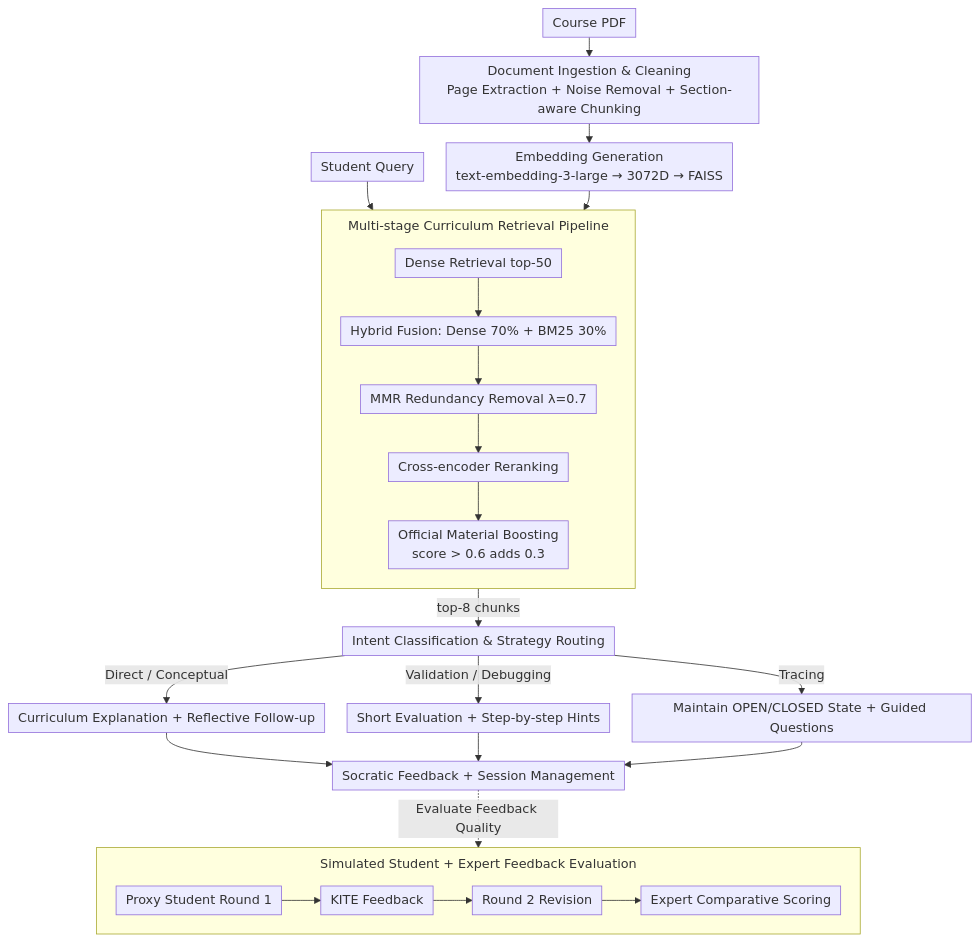
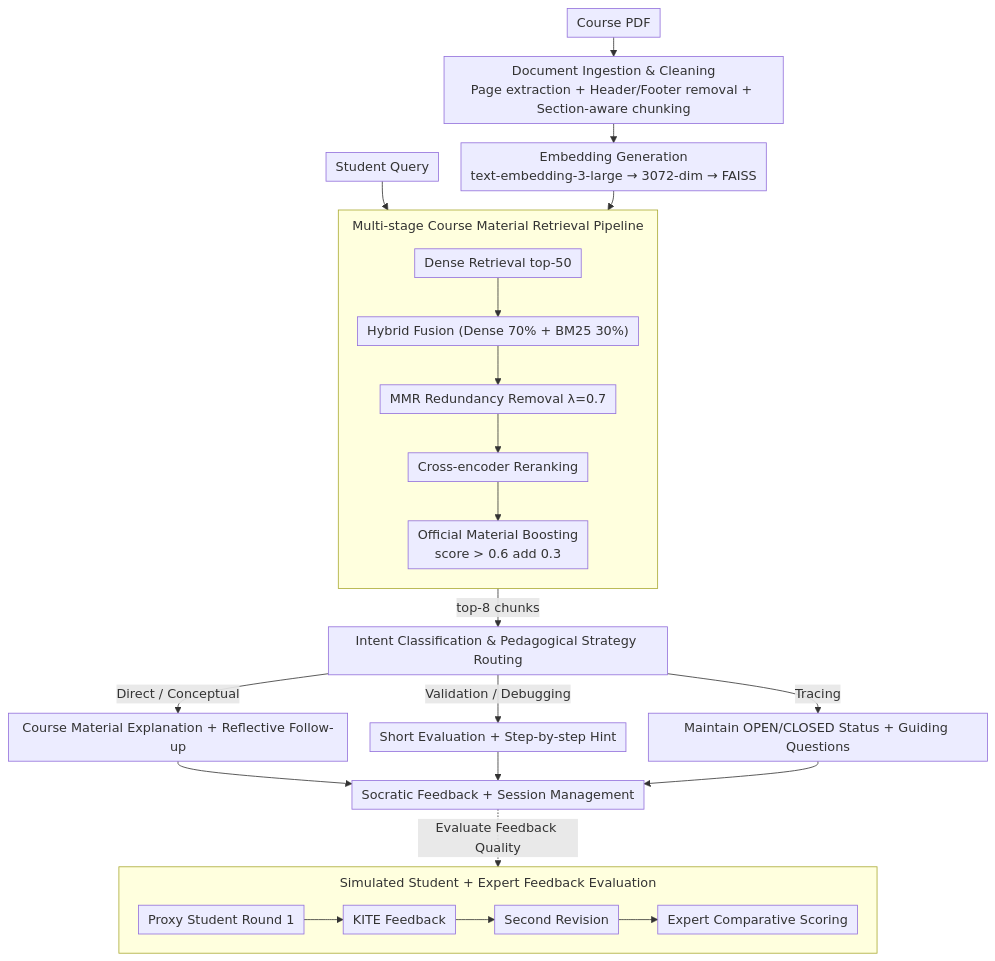
Before and after one commit to zhaoyang97/Paper-Notes-en: the diagram in docs/ACL2026/information_retrieval/retrieval-augmented_tutoring_for_algorithm_tracing_and_problem-solving_in_ai_edu.md, drawn with Mermaid. The commit also changed other lines of this file and 5084 other files, not shown here.

````diff
--- a/docs/ACL2026/information_retrieval/retrieval-augmented_tutoring_for_algorithm_tracing_and_problem-solving_in_ai_edu.md
+++ b/docs/ACL2026/information_retrieval/retrieval-augmented_tutoring_for_algorithm_tracing_and_problem-solving_in_ai_edu.md
@@ -43,27 +43,27 @@
 ```mermaid
 %%{init: {'flowchart': {'rankSpacing': 24, 'nodeSpacing': 28, 'padding': 6, 'wrappingWidth': 400, 'subGraphTitleMargin': {'top': 8, 'bottom': 16}}}}%%
 flowchart TD
-    A["Course PDF"] --> B["Document Ingestion & Cleaning<br/>Page Extraction + Noise Removal + Section-aware Chunking"]
-    B --> C["Embedding Generation<br/>text-embedding-3-large → 3072D → FAISS"]
+    A["Course PDF"] --> B["Document Ingestion & Cleaning<br/>Page extraction + Header/Footer removal + Section-aware chunking"]
+    B --> C["Embedding Generation<br/>text-embedding-3-large → 3072-dim → FAISS"]
     Q["Student Query"] --> D
     C --> D
-    subgraph RET["Multi-stage Curriculum Retrieval Pipeline"]
+    subgraph RET["Multi-stage Course Material Retrieval Pipeline"]
         direction TB
-        D["Dense Retrieval top-50"] --> E["Hybrid Fusion: Dense 70% + BM25 30%"]
+        D["Dense Retrieval top-50"] --> E["Hybrid Fusion (Dense 70% + BM25 30%)"]
         E --> F["MMR Redundancy Removal λ=0.7"]
         F --> G["Cross-encoder Reranking"]
-        G --> H["Official Material Boosting<br/>score > 0.6 adds 0.3"]
+        G --> H["Official Material Boosting<br/>score > 0.6 add 0.3"]
     end
-    H -->|"top-8 chunks"| I["Intent Classification & Strategy Routing"]
-    I -->|"Direct / Conceptual"| J["Curriculum Explanation + Reflective Follow-up"]
-    I -->|"Validation / Debugging"| K["Short Evaluation + Step-by-step Hints"]
-    I -->|"Tracing"| L["Maintain OPEN/CLOSED State + Guided Questions"]
+    H -->|"top-8 chunks"| I["Intent Classification & Pedagogical Strategy Routing"]
+    I -->|"Direct / Conceptual"| J["Course Material Explanation + Reflective Follow-up"]
+    I -->|"Validation / Debugging"| K["Short Evaluation + Step-by-step Hint"]
+    I -->|"Tracing"| L["Maintain OPEN/CLOSED Status + Guiding Questions"]
     J --> M["Socratic Feedback + Session Management"]
     K --> M
     L --> M
     subgraph EVAL["Simulated Student + Expert Feedback Evaluation"]
         direction LR
-        P["Proxy Student Round 1"] --> R["KITE Feedback"] --> S["Round 2 Revision"] --> T["Expert Comparative Scoring"]
+        P["Proxy Student Round 1"] --> R["KITE Feedback"] --> S["Second Revision"] --> T["Expert Comparative Scoring"]
     end
     M -.Evaluate Feedback Quality.-> EVAL
 ```
````
